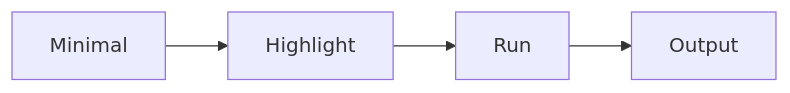
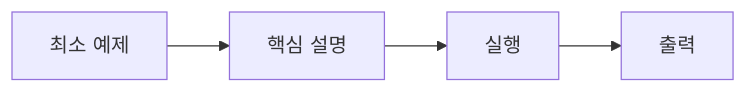
The diagram in content/technical-writing-101/ko/05-explaining-example-code.md (yeongseon-books/book-content), drawn with Mermaid before and after one commit. The commit also changed other lines of this file and 7 other files, not shown here.

````diff
--- a/content/technical-writing-101/ko/05-explaining-example-code.md
+++ b/content/technical-writing-101/ko/05-explaining-example-code.md
@@ -33,6 +50,6 @@
 ```mermaid
 flowchart LR
-    M[Minimal] --> H[Highlight]
-    H --> R[Run]
-    R --> O[Output]
+    M[최소 예제] --> H[핵심 설명]
+    H --> R[실행]
+    R --> O[출력]
 ```
````
